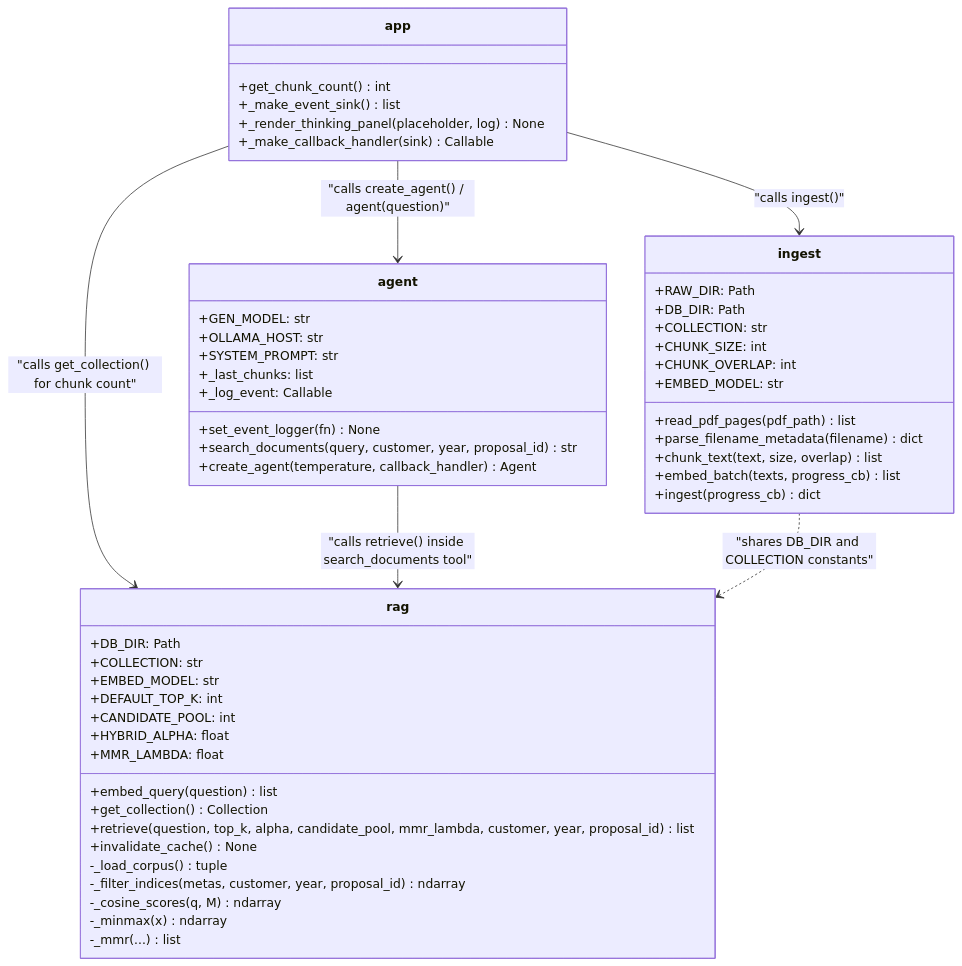
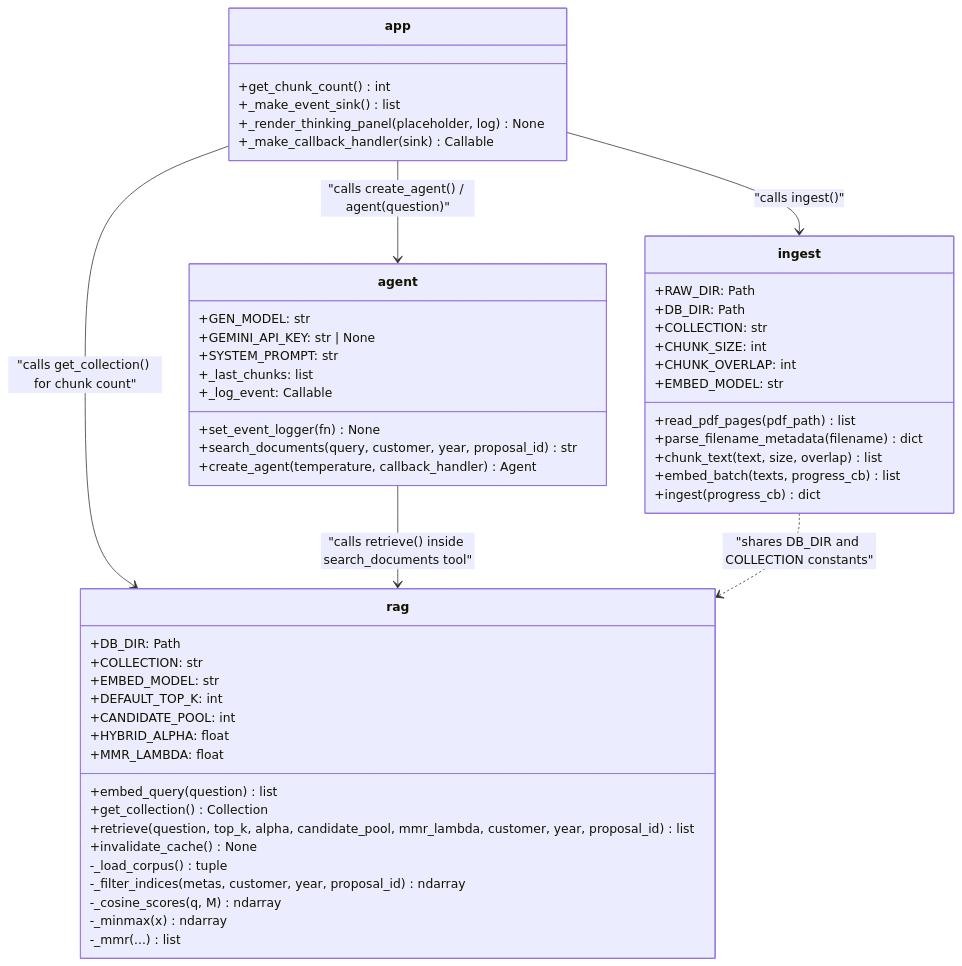
Before and after one commit to AWDubs/Local-RAG: the third of 4 diagrams in docs/implementation/architecture.md, drawn with Mermaid. The commit also changed other lines of this file and 11 other files, not shown here.

````diff
--- a/docs/implementation/architecture.md
+++ b/docs/implementation/architecture.md
@@ -100,62 +103,62 @@
 ```mermaid
 classDiagram
     accTitle: Module responsibilities and key functions
     accDescr: Four Python modules with their public functions and shared constants.
 
     class ingest {
         +RAW_DIR: Path
         +DB_DIR: Path
         +COLLECTION: str
         +CHUNK_SIZE: int
         +CHUNK_OVERLAP: int
         +EMBED_MODEL: str
         +read_pdf_pages(pdf_path) list
         +parse_filename_metadata(filename) dict
         +chunk_text(text, size, overlap) list
         +embed_batch(texts, progress_cb) list
         +ingest(progress_cb) dict
     }
 
     class rag {
         +DB_DIR: Path
         +COLLECTION: str
         +EMBED_MODEL: str
         +DEFAULT_TOP_K: int
         +CANDIDATE_POOL: int
         +HYBRID_ALPHA: float
         +MMR_LAMBDA: float
         +embed_query(question) list
         +get_collection() Collection
         +retrieve(question, top_k, alpha, candidate_pool, mmr_lambda, customer, year, proposal_id) list
         +invalidate_cache() None
         -_load_corpus() tuple
         -_filter_indices(metas, customer, year, proposal_id) ndarray
         -_cosine_scores(q, M) ndarray
         -_minmax(x) ndarray
         -_mmr(...) list
     }
 
     class agent {
         +GEN_MODEL: str
-        +OLLAMA_HOST: str
+        +GEMINI_API_KEY: str | None
         +SYSTEM_PROMPT: str
         +_last_chunks: list
         +_log_event: Callable
         +set_event_logger(fn) None
         +search_documents(query, customer, year, proposal_id) str
         +create_agent(temperature, callback_handler) Agent
     }
 
     class app {
         +get_chunk_count() int
         +_make_event_sink() list
         +_render_thinking_panel(placeholder, log) None
         +_make_callback_handler(sink) Callable
     }
 
     app --> ingest : "calls ingest()"
     app --> agent : "calls create_agent() / agent(question)"
     app --> rag : "calls get_collection() for chunk count"
     agent --> rag : "calls retrieve() inside search_documents tool"
     ingest ..> rag : "shares DB_DIR and COLLECTION constants"
 ```
````
